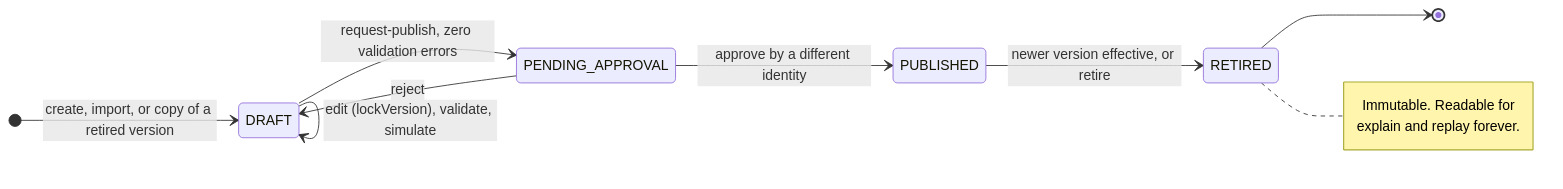
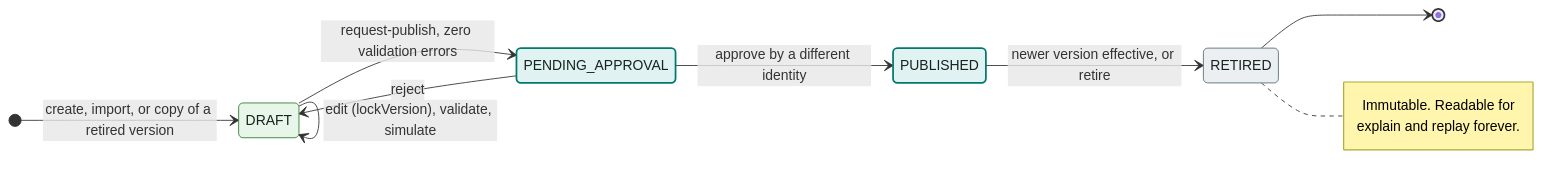
One commit to dhluong90/horus-Agentic-BPM changed the diagram in docs/architecture/diagrams/version-lifecycle.mmd. Above: the diagram before and after it, drawn with Mermaid. The commit also changed 99 other files, not shown here.

First line of the commit message:
docs(wiki): shared diagram palette, 4-zone views, cockpit diagrams and evaluator pages

```diff
--- a/docs/architecture/diagrams/version-lifecycle.mmd
+++ b/docs/architecture/diagrams/version-lifecycle.mmd
@@ -1,13 +1,20 @@
 stateDiagram-v2
   direction LR
+  classDef host fill:#E8F5E9,stroke:#2E7D32,color:#16231F
+  classDef engine fill:#E0F2F1,stroke:#00796B,stroke-width:2px,color:#16231F
+  classDef external fill:#F3E5F5,stroke:#6A1B9A,color:#16231F
+  classDef obs fill:#ECEFF1,stroke:#546E7A,color:#16231F
   [*] --> DRAFT: create, import, or copy of a retired version
   DRAFT --> DRAFT: edit (lockVersion), validate, simulate
   DRAFT --> PENDING_APPROVAL: request-publish, zero validation errors
   PENDING_APPROVAL --> DRAFT: reject
   PENDING_APPROVAL --> PUBLISHED: approve by a different identity
   PUBLISHED --> RETIRED: newer version effective, or retire
   RETIRED --> [*]
   note right of RETIRED
     Immutable. Readable for
     explain and replay forever.
   end note
+  class DRAFT host
+  class PENDING_APPROVAL,PUBLISHED engine
+  class RETIRED obs
```
